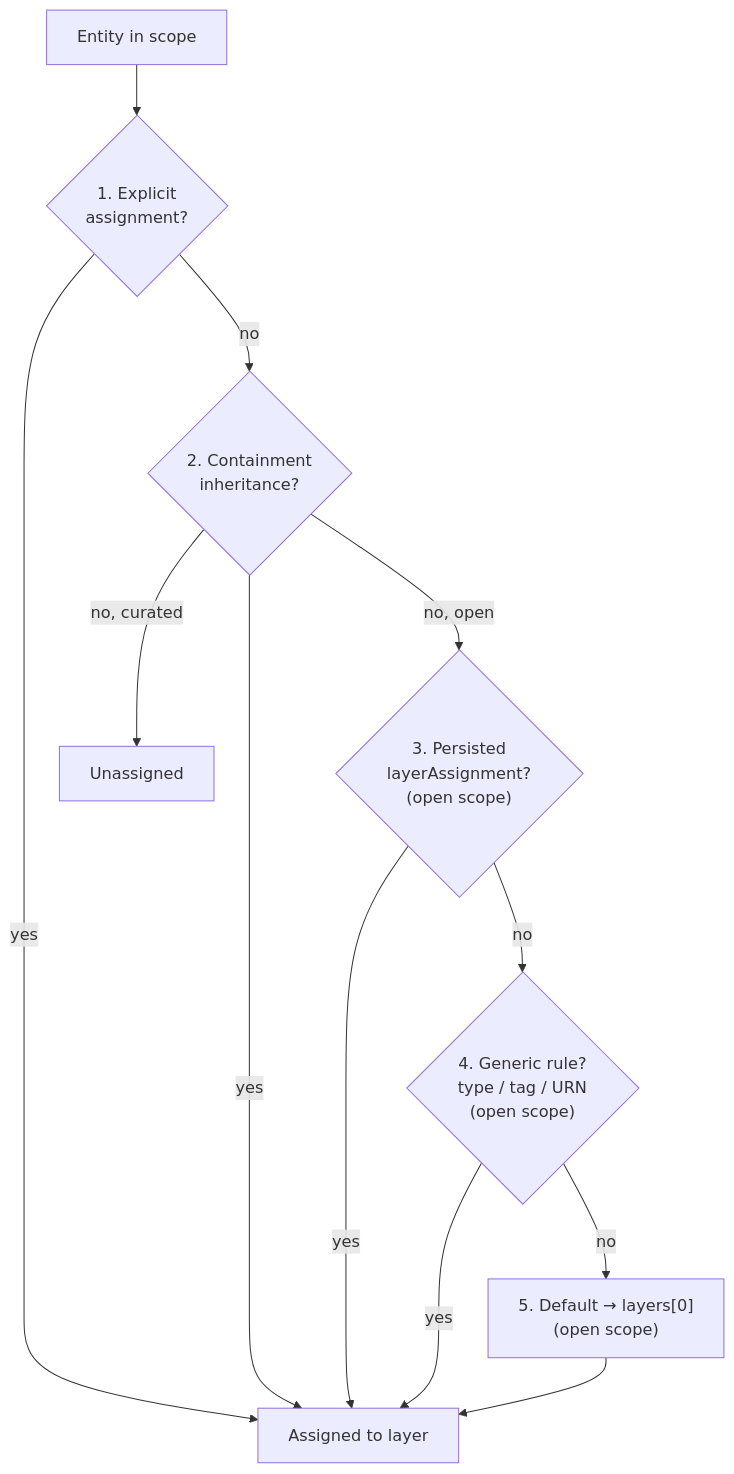
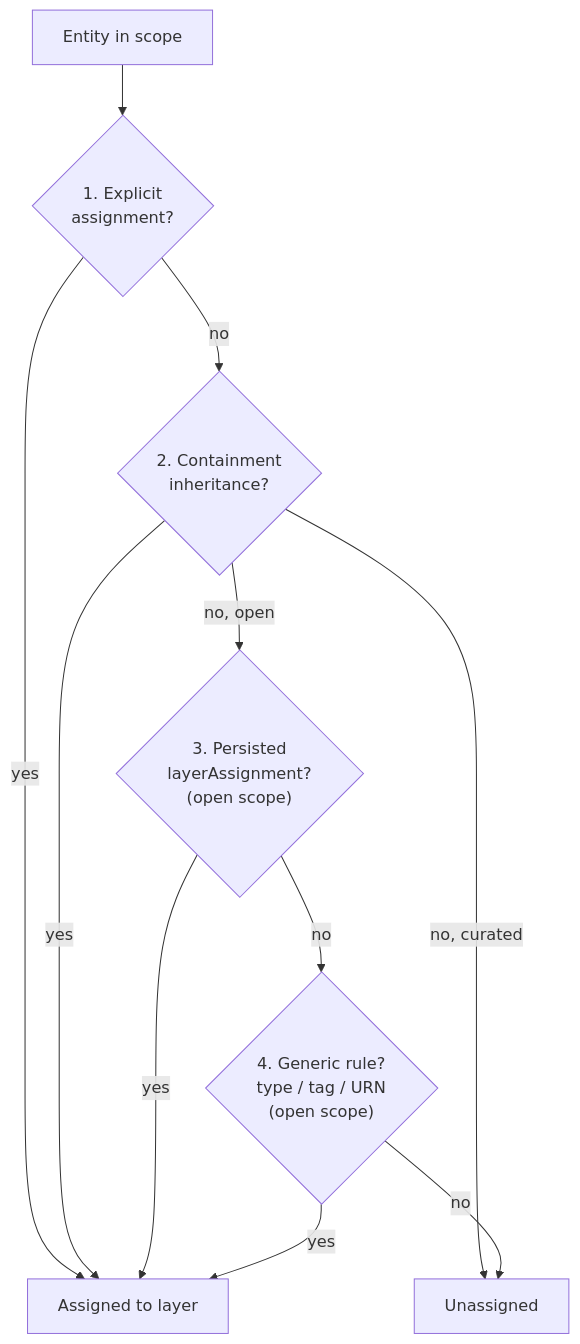
The diagram in docs/services/ASSIGNMENTS.md (rkrumins/dataviz), drawn with Mermaid before and after one commit. The commit also changed other lines of this file and 9 other files, not shown here.

````diff
--- a/docs/services/ASSIGNMENTS.md
+++ b/docs/services/ASSIGNMENTS.md
@@ -50,23 +51,22 @@
 ```mermaid
 flowchart TD
     E["Entity in scope"]
     T1{"1. Explicit<br/>assignment?"}
     T2{"2. Containment<br/>inheritance?"}
     T3{"3. Persisted<br/>layerAssignment?<br/>(open scope)"}
     T4{"4. Generic rule?<br/>type / tag / URN<br/>(open scope)"}
-    T5["5. Default → layers[0]<br/>(open scope)"]
     U["Unassigned"]
     A["Assigned to layer"]
 
     E --> T1
     T1 -->|yes| A
     T1 -->|no| T2
     T2 -->|yes| A
     T2 -->|no, curated| U
     T2 -->|no, open| T3
     T3 -->|yes| A
     T3 -->|no| T4
     T4 -->|yes| A
-    T4 -->|no| T5 --> A
+    T4 -->|no| U
 
 ```
````
